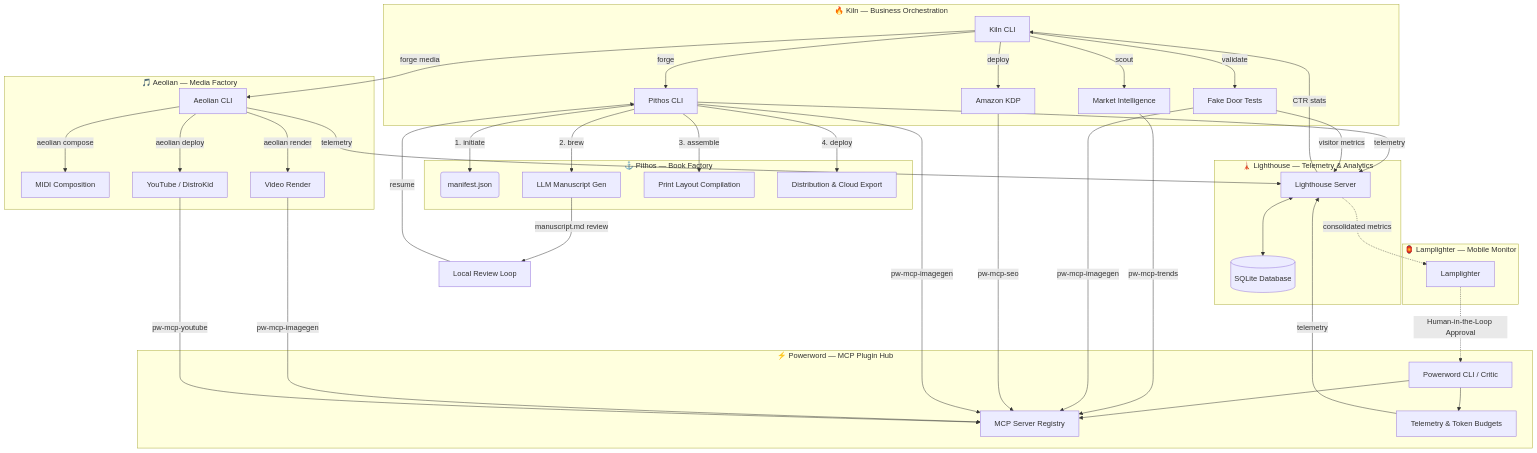
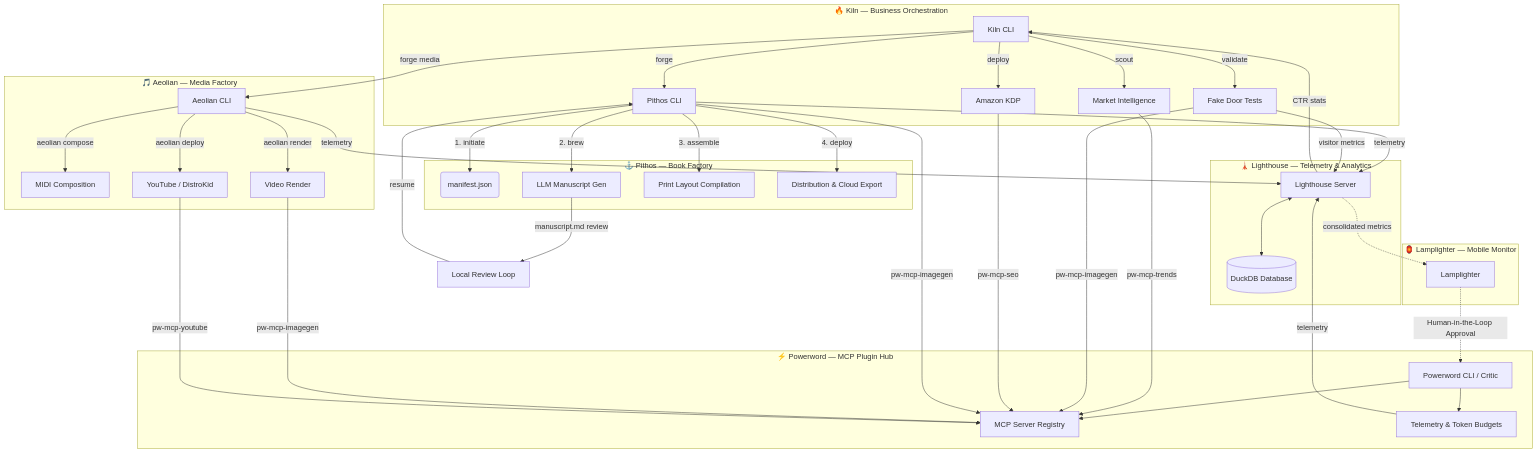
The diagram in profile/README.md (borch-ai/.github), drawn with Mermaid before and after one commit.

Commit message:
chore: change SQLite database to DuckDB Database in diagram

````diff
--- a/profile/README.md
+++ b/profile/README.md
@@ -54,71 +54,71 @@
 ```mermaid
 graph TD
     subgraph Kiln ["🔥 Kiln — Business Orchestration"]
         K[Kiln CLI]
         K -->|scout| Scout[Market Intelligence]
         K -->|validate| FD[Fake Door Tests]
         K -->|forge| P
         K -->|deploy| KDP[Amazon KDP]
     end
 
     subgraph Pithos ["⚓ Pithos — Book Factory"]
         P[Pithos CLI]
         P -->|1. initiate| M(manifest.json)
         P -->|2. brew| Stanzas[LLM Manuscript Gen]
         P -->|3. assemble| Layout[Print Layout Compilation]
         P -->|4. deploy| Cloud[Distribution & Cloud Export]
     end
 
     subgraph Aeolian ["🎵 Aeolian — Media Factory"]
         A[Aeolian CLI]
         A -->|aeolian compose| MidiGen[MIDI Composition]
         A -->|aeolian render| VideoGen[Video Render]
         A -->|aeolian deploy| Streaming[YouTube / DistroKid]
     end
 
     subgraph Powerword ["⚡ Powerword — MCP Plugin Hub"]
         PW[Powerword CLI / Critic]
         MCPS[MCP Server Registry]
         T[Telemetry & Token Budgets]
         PW --> MCPS
         PW --> T
     end
 
     subgraph Lighthouse ["🗼 Lighthouse — Telemetry & Analytics"]
         LH[Lighthouse Server]
-        LDB[(SQLite Database)]
+        LDB[(DuckDB Database)]
         LH <--> LDB
     end
 
     subgraph Lamplighter ["🏮 Lamplighter — Mobile Monitor"]
         LL[Lamplighter]
     end
 
     %% Kiln orchestrates Aeolian (book pipeline already wired inside Kiln subgraph)
     K -->|forge media| A
 
     %% Kiln consumes Powerword MCP plugins
     Scout -->|pw-mcp-trends| MCPS
     FD -->|pw-mcp-imagegen| MCPS
     KDP -->|pw-mcp-seo| MCPS
 
     %% Pithos consumes Powerword MCP plugins
     Stanzas -->|manuscript.md review| Rev[Local Review Loop]
     Rev -->|resume| P
     P -->|pw-mcp-imagegen| MCPS
 
     %% Aeolian consumes Powerword MCP plugins
     VideoGen -->|pw-mcp-imagegen| MCPS
     Streaming -->|pw-mcp-youtube| MCPS
 
     %% Telemetry & Analytics ingestion into Lighthouse
     T -->|telemetry| LH
     P -->|telemetry| LH
     A -->|telemetry| LH
     FD -->|visitor metrics| LH
 
     %% Data querying & display
     LH -->|CTR stats| K
     LH -.->|consolidated metrics| LL
     LL -.->|Human-in-the-Loop Approval| PW
 ```
````
